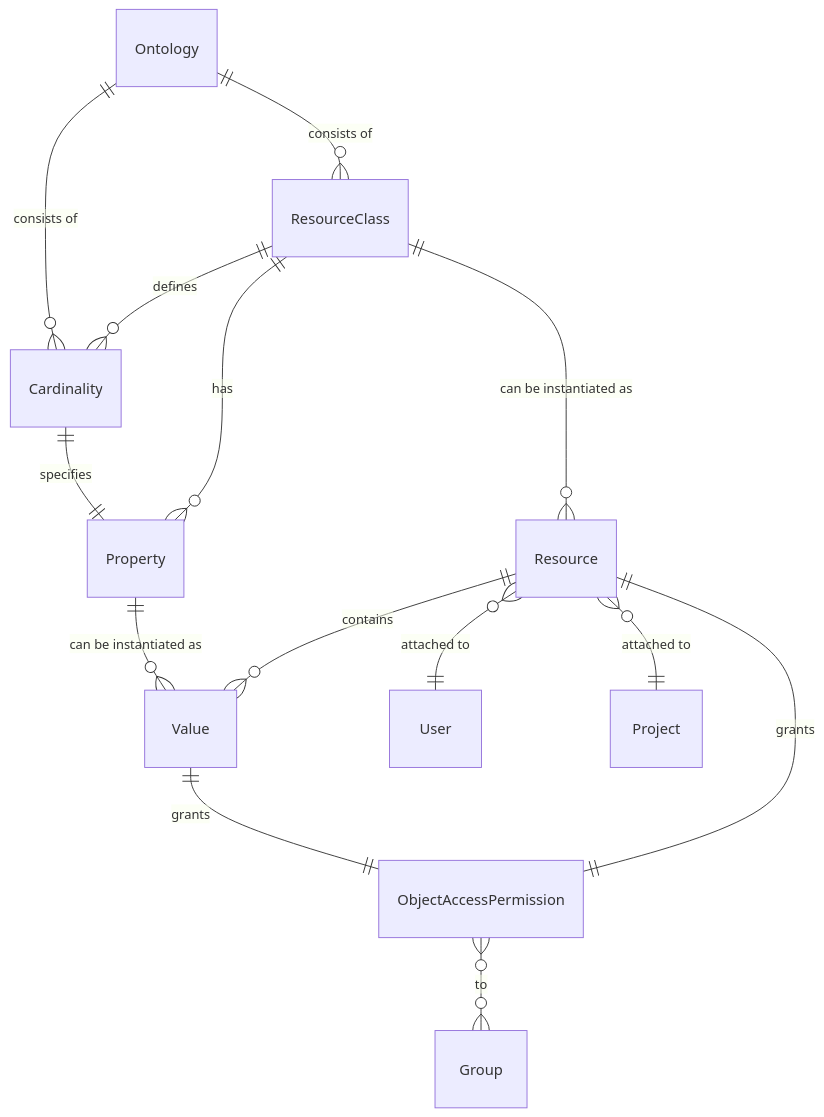
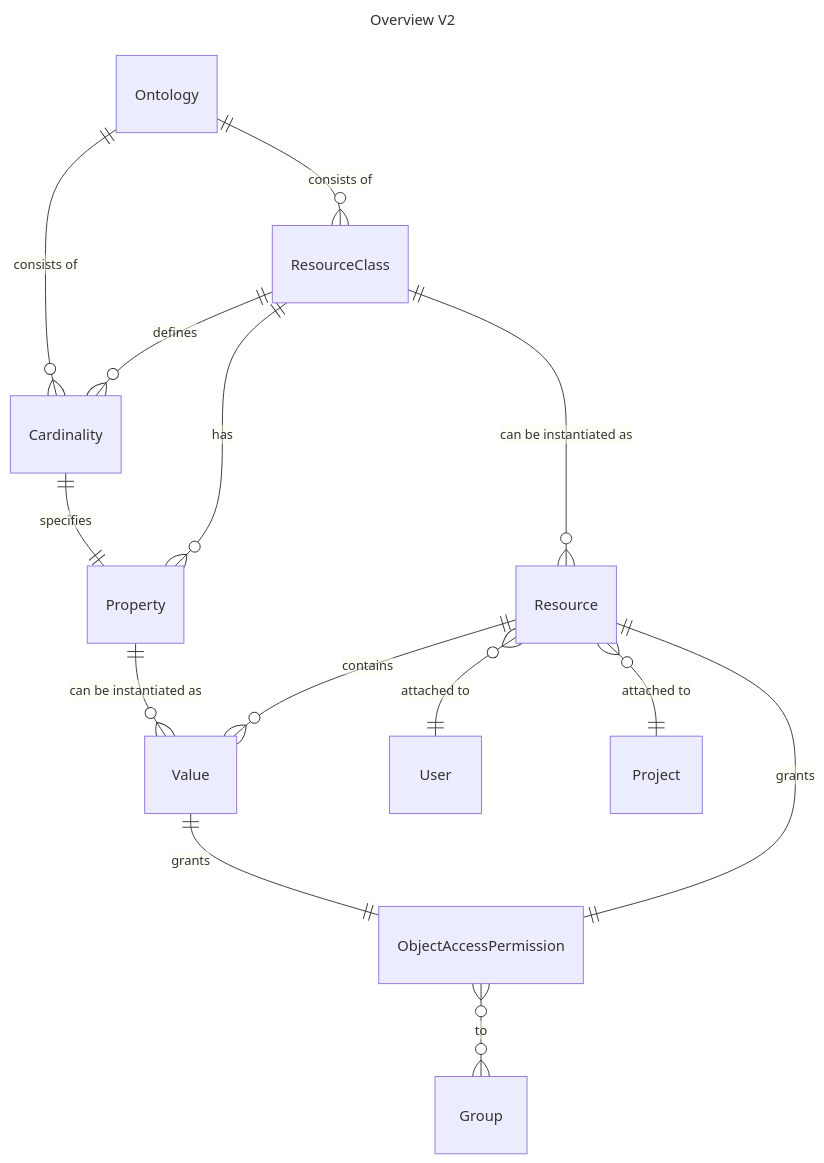
Before and after one commit to dasch-swiss/dsp-api: the second of 9 diagrams in docs/05-internals/design/domain/domain-model.md, drawn with Mermaid. The commit also changed other lines of this file and 1 other file, not shown here.

````diff
--- a/docs/05-internals/design/domain/domain-model.md
+++ b/docs/05-internals/design/domain/domain-model.md
@@ -104,16 +112,19 @@
 ```mermaid
+---
+title: Overview V2
+---
 erDiagram
     Ontology ||--o{ ResourceClass: "consists of"
     Ontology ||--o{ Cardinality: "consists of"
     ResourceClass ||--o{ Cardinality: defines
     Cardinality ||--|| Property: specifies
     ResourceClass ||--o{ Property: has
     ResourceClass ||--o{ Resource: "can be instantiated as"
     Property ||--o{ Value: "can be instantiated as"
     Resource ||--o{ Value: contains
     Value ||--|| ObjectAccessPermission: grants
     Resource ||--|| ObjectAccessPermission: grants
     ObjectAccessPermission }o--o{ Group: "to"
     Resource }o--|| User: "attached to"
     Resource }o--|| Project: "attached to"
 ```
````
